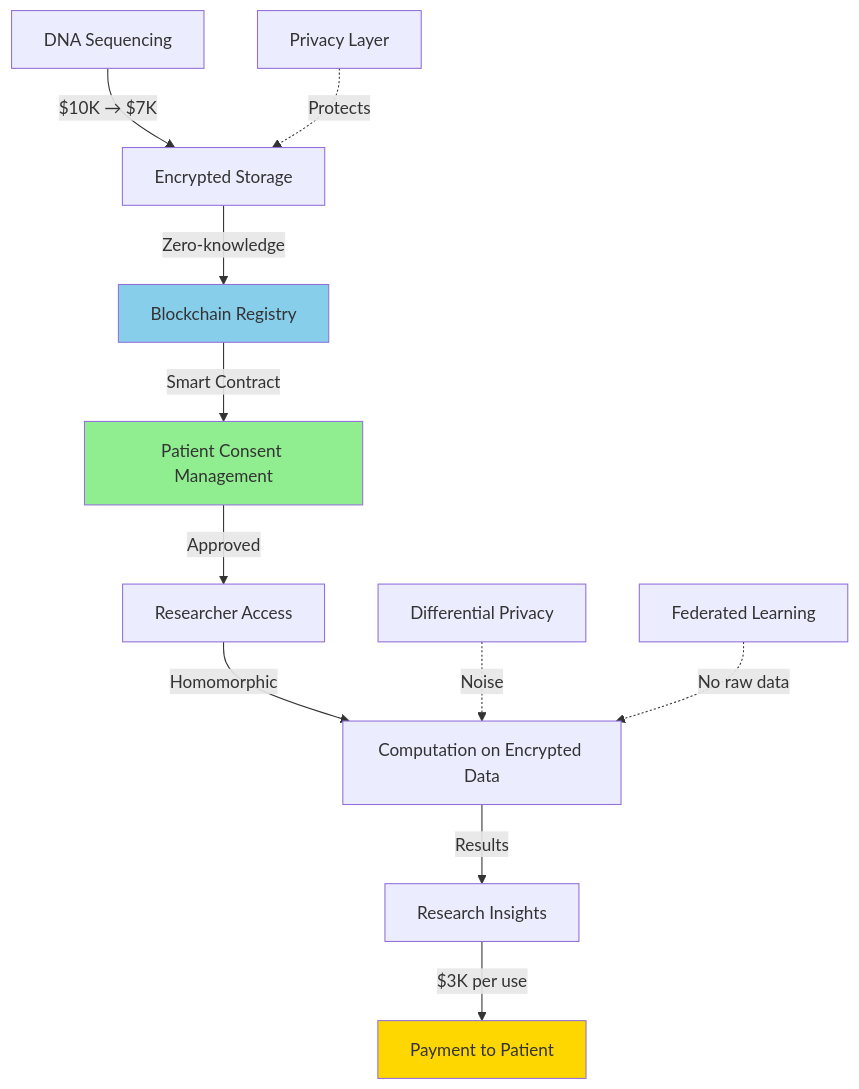
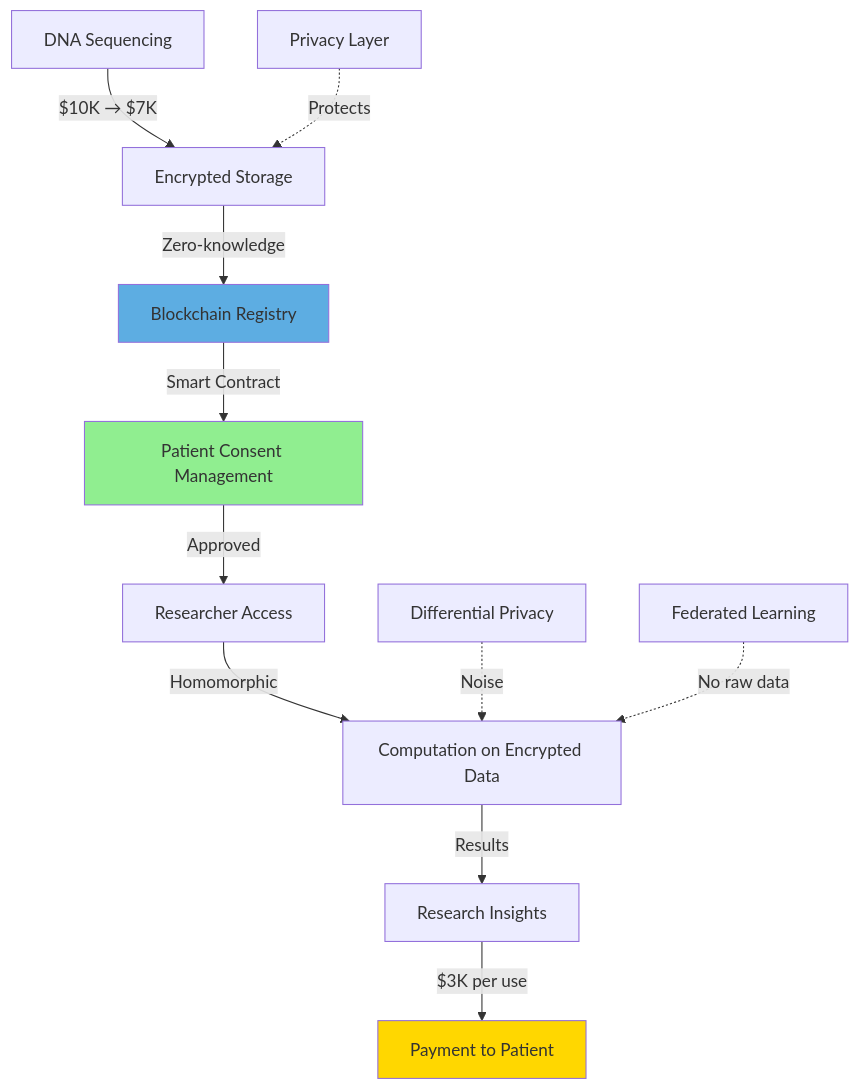
Diagram 14 of 22 in Industry/Blockchain/Blockchain/ValueChain/QA_ClaudeOpus.md (ljg-cqu/knowledge), drawn with Mermaid before and after one commit. The commit also changed other lines of this file and 6 other files, not shown here.

````diff
--- a/Industry/Blockchain/Blockchain/ValueChain/QA_ClaudeOpus.md
+++ b/Industry/Blockchain/Blockchain/ValueChain/QA_ClaudeOpus.md
@@ -1343,18 +1343,18 @@
 ```mermaid
 graph TD
     A[DNA Sequencing] -->|$10K → $7K| B[Encrypted Storage]
     B -->|Zero-knowledge| C[Blockchain Registry]
     C -->|Smart Contract| D[Patient Consent Management]
     D -->|Approved| E[Researcher Access]
     E -->|Homomorphic| F[Computation on Encrypted Data]
     F -->|Results| G[Research Insights]
     G -->|$3K per use| H[Payment to Patient]
     
     I[Privacy Layer] -.->|Protects| B
     J[Differential Privacy] -.->|Noise| F
     K[Federated Learning] -.->|No raw data| F
     
-    style C fill:#87CEEB
+    style C fill:#5DADE2
     style D fill:#90EE90
     style H fill:#FFD700
 ```
````
